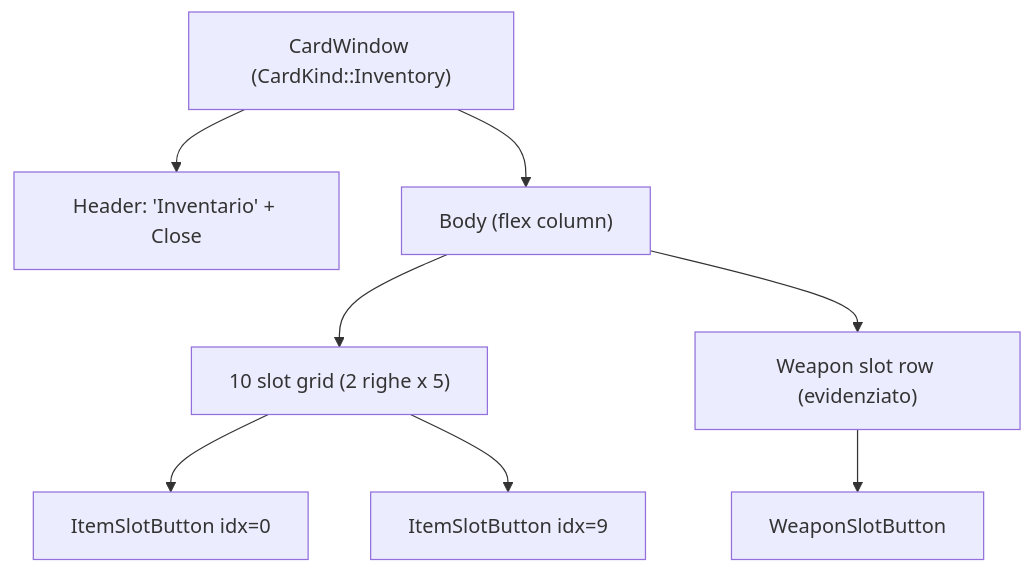
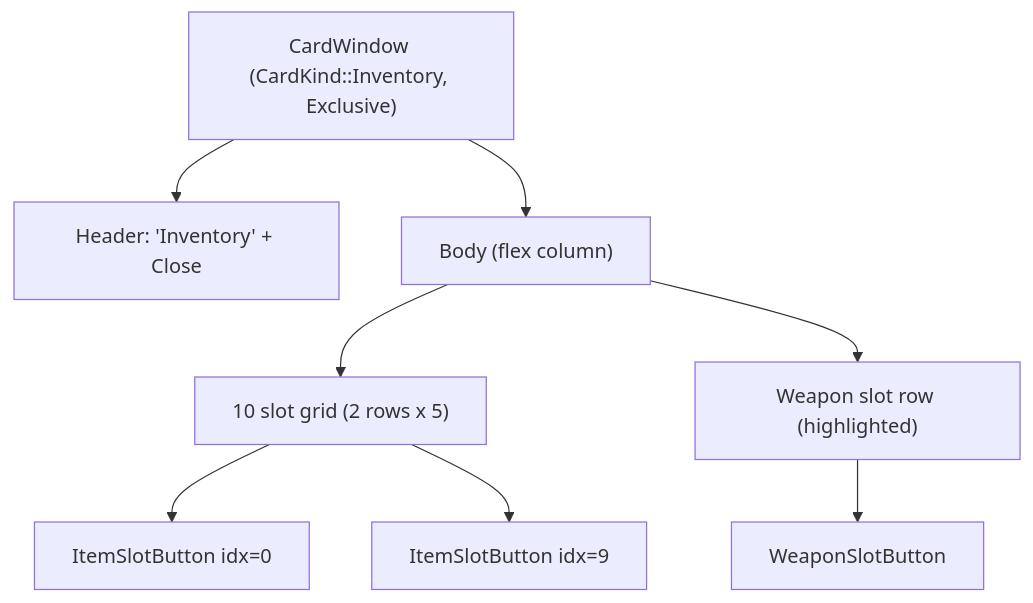
The second of 2 diagrams in plans/inventory-system.md (alessandrobrunoh/BevyMMO), drawn with Mermaid before and after one commit. The commit also changed other lines of this file and 1 other file, not shown here.

First line of the commit message:
Update inventory plan and add placeable catalog

````diff
--- a/plans/inventory-system.md
+++ b/plans/inventory-system.md
@@ -589,10 +647,10 @@
 ```mermaid
 flowchart TD
-    Card["CardWindow (CardKind::Inventory)"] --> Header["Header: 'Inventario' + Close"]
+    Card["CardWindow (CardKind::Inventory, Exclusive)"] --> Header["Header: 'Inventory' + Close"]
     Card --> Body["Body (flex column)"]
-    Body --> Grid["10 slot grid (2 righe x 5)"]
-    Body --> WeaponRow["Weapon slot row (evidenziato)"]
+    Body --> Grid["10 slot grid (2 rows x 5)"]
+    Body --> WeaponRow["Weapon slot row (highlighted)"]
     Grid --> Slot0["ItemSlotButton idx=0"]
     Grid --> Slot9["ItemSlotButton idx=9"]
     WeaponRow --> WeaponSlot["WeaponSlotButton"]
 ```
````
